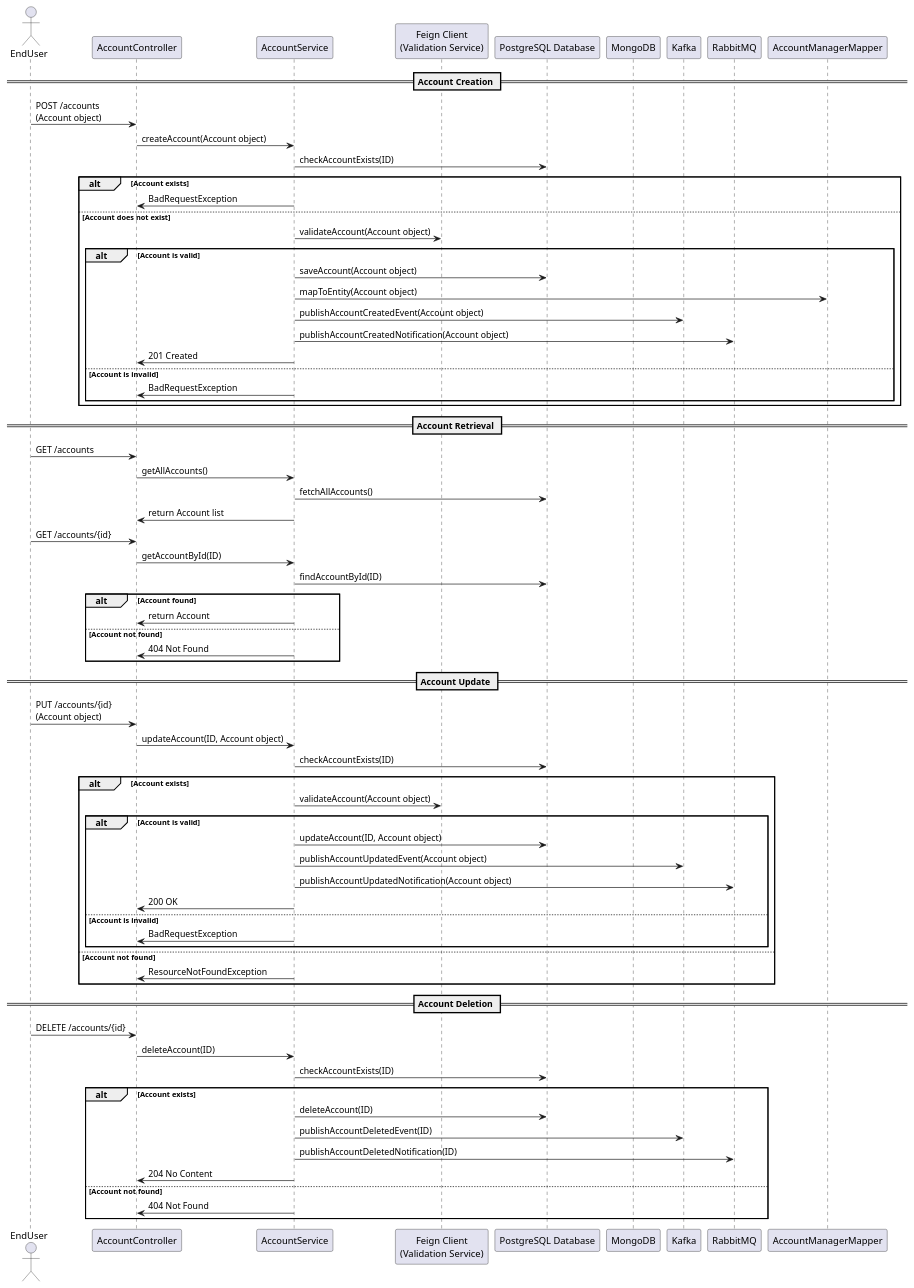
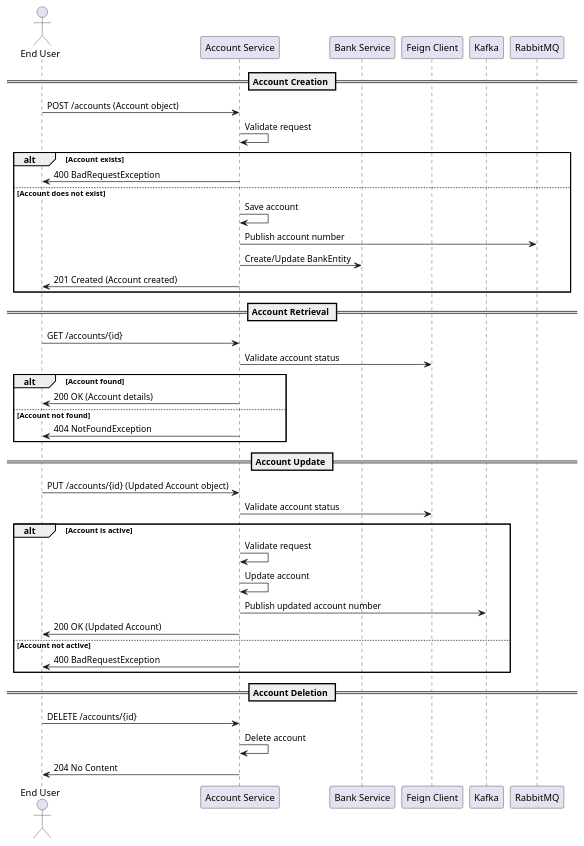
One commit to Bhaskar-Pavan/AccountService changed the diagram in design_document/Account_service.md. Above: the diagram before and after it, drawn with PlantUML. The commit also changed other lines of this file, not shown here.

````diff
--- a/design_document/Account_service.md
+++ b/design_document/Account_service.md
@@ -38,79 +46,49 @@
 ```plantuml
 @startuml
-actor EndUser as user
-participant "AccountController" as controller
-participant "AccountService" as service
-participant "Feign Client\n(Validation Service)" as validationService
-participant "PostgreSQL Database" as postgresDB
-participant "MongoDB" as mongoDB
-participant "Kafka" as kafka
-participant "RabbitMQ" as rabbitMQ
-participant "AccountManagerMapper" as mapper
+actor "End User" as User
+participant "Account Service" as AccountService
+participant "Bank Service" as BankService
+participant "Feign Client" as FeignClient
+participant "Kafka" as Kafka
+participant "RabbitMQ" as RabbitMQ
 
 == Account Creation ==
-user -> controller : POST /accounts\n(Account object)
-controller -> service : createAccount(Account object)
-service -> postgresDB : checkAccountExists(ID)
+User -> AccountService: POST /accounts (Account object)
+AccountService -> AccountService: Validate request
 alt Account exists
-    service -> controller : BadRequestException
+    AccountService -> User: 400 BadRequestException
 else Account does not exist
-    service -> validationService : validateAccount(Account object)
-    alt Account is valid
-        service -> postgresDB : saveAccount(Account object)
-        service -> mapper : mapToEntity(Account object)
-        service -> kafka : publishAccountCreatedEvent(Account object)
-        service -> rabbitMQ : publishAccountCreatedNotification(Account object)
-        service -> controller : 201 Created
-    else Account is invalid
-        service -> controller : BadRequestException
-    end
+    AccountService -> AccountService: Save account
+    AccountService -> RabbitMQ: Publish account number
+    AccountService -> BankService: Create/Update BankEntity
+    AccountService -> User: 201 Created (Account created)
 end
 
 == Account Retrieval ==
-user -> controller : GET /accounts
-controller -> service : getAllAccounts()
-service -> postgresDB : fetchAllAccounts()
-service -> controller : return Account list
-
-user -> controller : GET /accounts/{id}
-controller -> service : getAccountById(ID)
-service -> postgresDB : findAccountById(ID)
+User -> AccountService: GET /accounts/{id}
+AccountService -> FeignClient: Validate account status
 alt Account found
-    service -> controller : return Account
+    AccountService -> User: 200 OK (Account details)
 else Account not found
-    service -> controller : 404 Not Found
+    AccountService -> User: 404 NotFoundException
 end
 
 == Account Update ==
-user -> controller : PUT /accounts/{id}\n(Account object)
-controller -> service : updateAccount(ID, Account object)
-service -> postgresDB : checkAccountExists(ID)
-alt Account exists
-    service -> validationService : validateAccount(Account object)
-    alt Account is valid
-        service -> postgresDB : updateAccount(ID, Account object)
-        service -> kafka : publishAccountUpdatedEvent(Account object)
-        service -> rabbitMQ : publishAccountUpdatedNotification(Account object)
-        service -> controller : 200 OK
-    else Account is invalid
-        service -> controller : BadRequestException
-    end
-else Account not found
-    service -> controller : ResourceNotFoundException
+User -> AccountService: PUT /accounts/{id} (Updated Account object)
+AccountService -> FeignClient: Validate account status
+alt Account is active
+    AccountService -> AccountService: Validate request
+    AccountService -> AccountService: Update account
+    AccountService -> Kafka: Publish updated account number
+    AccountService -> User: 200 OK (Updated Account)
+else Account not active
+    AccountService -> User: 400 BadRequestException
 end
 
 == Account Deletion ==
-user -> controller : DELETE /accounts/{id}
-controller -> service : deleteAccount(ID)
-service -> postgresDB : checkAccountExists(ID)
-alt Account exists
-    service -> postgresDB : deleteAccount(ID)
-    service -> kafka : publishAccountDeletedEvent(ID)
-    service -> rabbitMQ : publishAccountDeletedNotification(ID)
-    service -> controller : 204 No Content
-else Account not found
-    service -> controller : 404 Not Found
-end
+User -> AccountService: DELETE /accounts/{id}
+AccountService -> AccountService: Delete account
+AccountService -> User: 204 No Content
 
 @enduml
 ```
````
